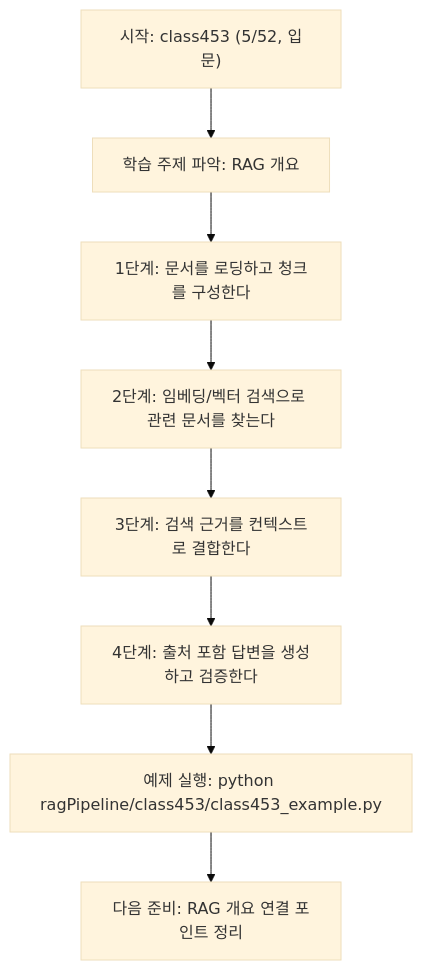
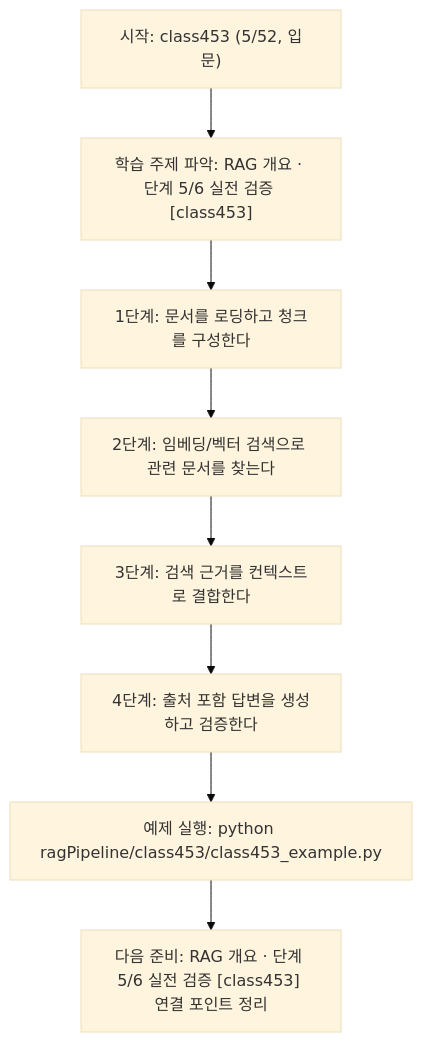
Before and after one commit to edumgt/Python-AI_Agent-Class: the diagram in ragPipeline/class453/class453.md, drawn with Mermaid (base theme). The commit also changed other lines of this file and 522 other files, not shown here.

````diff
--- a/ragPipeline/class453/class453.md
+++ b/ragPipeline/class453/class453.md
@@ -109,18 +110,18 @@
 ```mermaid
 flowchart TD
 N1["시작: class453 (5/52, 입문)"]
-N2["학습 주제 파악: RAG 개요"]
+N2["학습 주제 파악: RAG 개요 · 단계 5/6 실전 검증 [class453]"]
 N3["1단계: 문서를 로딩하고 청크를 구성한다"]
 N4["2단계: 임베딩/벡터 검색으로 관련 문서를 찾는다"]
 N5["3단계: 검색 근거를 컨텍스트로 결합한다"]
 N6["4단계: 출처 포함 답변을 생성하고 검증한다"]
 N7["예제 실행: python ragPipeline/class453/class453_example.py"]
-N8["다음 준비: RAG 개요 연결 포인트 정리"]
+N8["다음 준비: RAG 개요 · 단계 5/6 실전 검증 [class453] 연결 포인트 정리"]
 N1 --> N2
 N2 --> N3
 N3 --> N4
 N4 --> N5
 N5 --> N6
 N6 --> N7
 N7 --> N8
 ```
````
